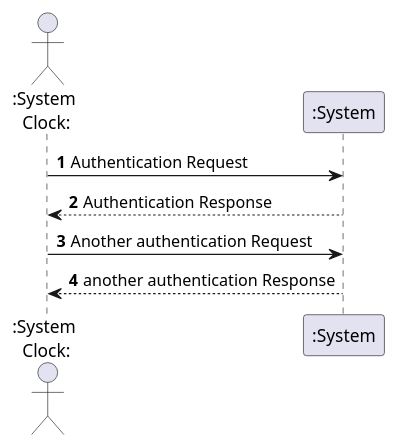
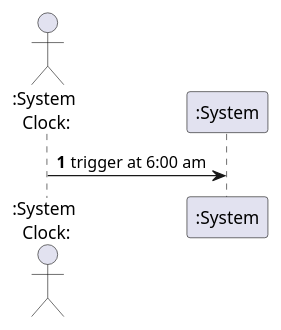
One commit to MadDinosaur/ISEP-LAPR2 changed the diagram in docs/SprintD/US19/US19_SSD.puml. Above: the diagram before and after it, drawn with PlantUML. The commit also changed 1 other file, not shown here.

```diff
--- a/docs/SprintD/US19/US19_SSD.puml
+++ b/docs/SprintD/US19/US19_SSD.puml
@@ -1,14 +1,10 @@
 @startuml
 
 autonumber
 
 actor ":System\n Clock:" as Clock
 participant ":System" as sys
 
-Clock -> sys: Authentication Request
-sys --> Clock: Authentication Response
-
-Clock -> sys: Another authentication Request
-Clock <-- sys: another authentication Response
+Clock -> sys: trigger at 6:00 am
 
 @enduml
```
